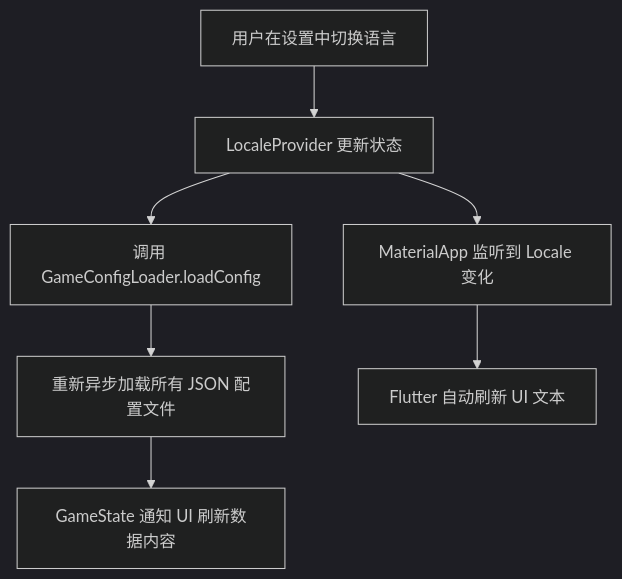
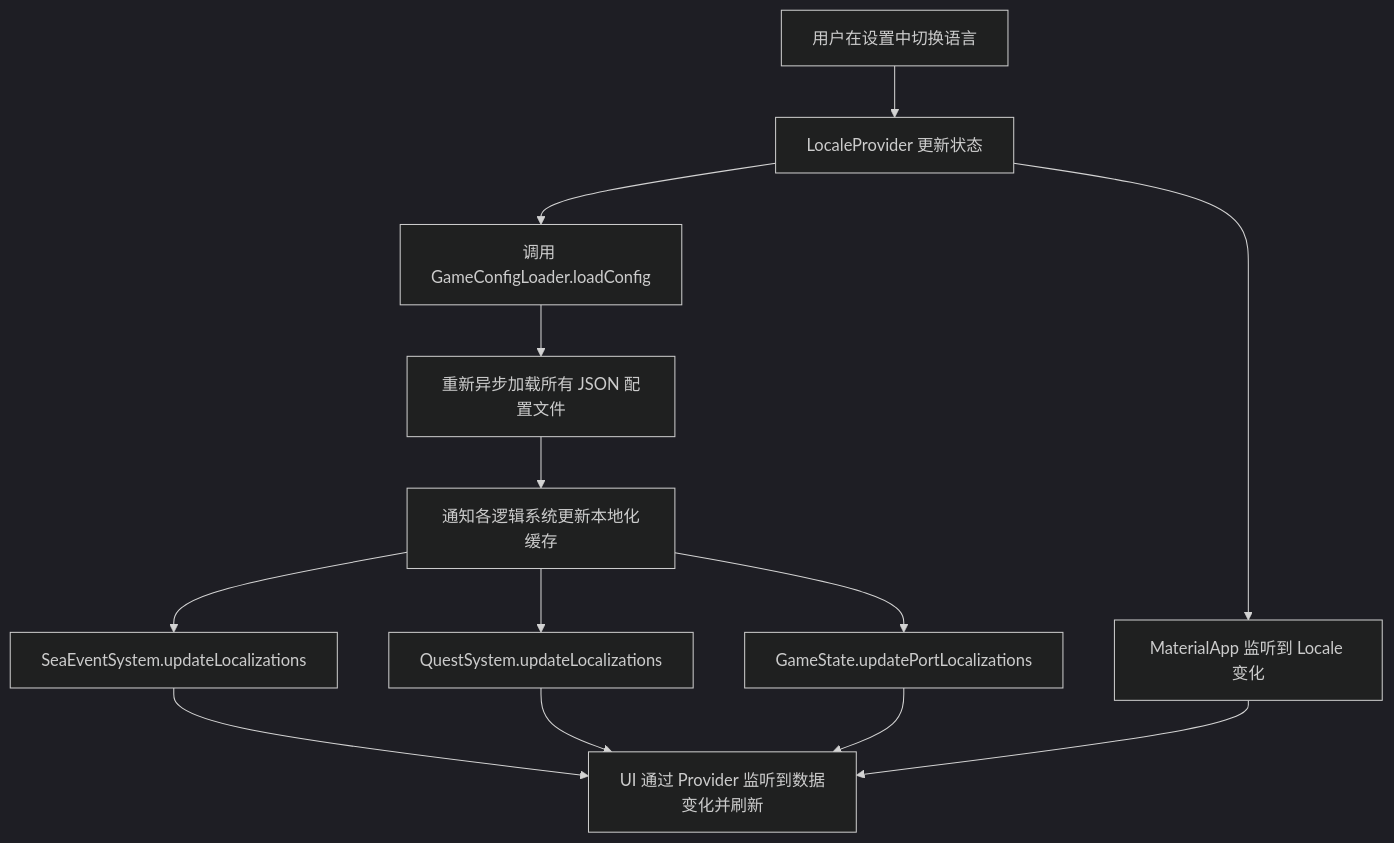
Before and after one commit to cziwen/cruising: the diagram in design_doc/2.19_localization_system.md, drawn with Mermaid (dark theme). The commit also changed other lines of this file and 28 other files, not shown here.

````diff
--- a/design_doc/2.19_localization_system.md
+++ b/design_doc/2.19_localization_system.md
@@ -67,9 +80,15 @@
 ```mermaid
 graph TD
     A[用户在设置中切换语言] --> B[LocaleProvider 更新状态]
     B --> C[MaterialApp 监听到 Locale 变化]
     B --> D[调用 GameConfigLoader.loadConfig]
     D --> E[重新异步加载所有 JSON 配置文件]
-    E --> F[GameState 通知 UI 刷新数据内容]
-    C --> G[Flutter 自动刷新 UI 文本]
+    E --> F[通知各逻辑系统更新本地化缓存]
+    F --> F1[SeaEventSystem.updateLocalizations]
+    F --> F2[QuestSystem.updateLocalizations]
+    F --> F3[GameState.updatePortLocalizations]
+    F1 --> G[UI 通过 Provider 监听到数据变化并刷新]
+    F2 --> G
+    F3 --> G
+    C --> G
 ```
````
